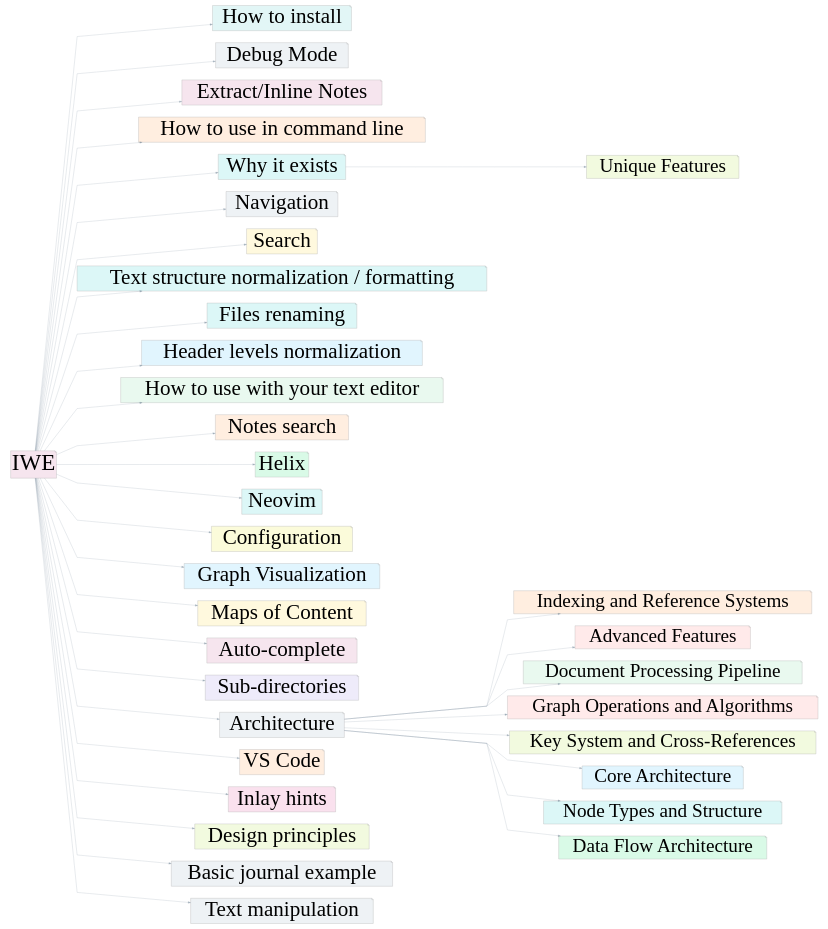
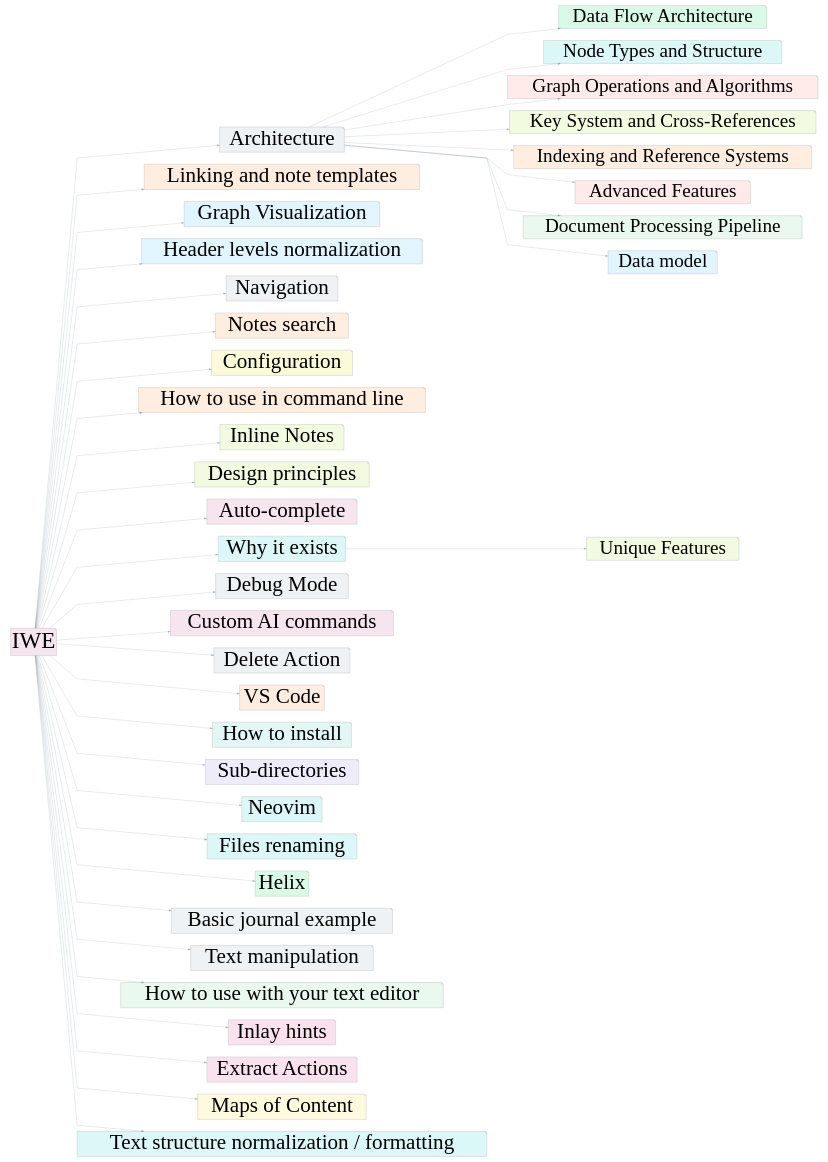
The diagram in docs/docs-basic.dot (iwe-org/iwe), drawn with Graphviz before and after one commit. The commit also changed 5 other files, not shown here.

```diff
--- a/docs/docs-basic.dot
+++ b/docs/docs-basic.dot
@@ -7,73 +7,79 @@
   pad="0.5,0.2"
   ranksep=1.2
   overlap=false
-  549[label="How to install",fillcolor="#e2f6f6",fontsize=88,fontname=Verdana,color="#b3b3b3",penwidth=1.5,shape=note,style=filled]
-  152[label="Debug Mode",fillcolor="#eef2f5",fontsize=88,fontname=Verdana,color="#b3b3b3",penwidth=1.5,shape=note,style=filled]
-  215[label="Extract/Inline Notes",fillcolor="#f6e5ee",fontsize=88,fontname=Verdana,color="#b3b3b3",penwidth=1.5,shape=note,style=filled]
-  366[label="How to use in command line",fillcolor="#ffeee0",fontsize=88,fontname=Verdana,color="#b3b3b3",penwidth=1.5,shape=note,style=filled]
-  710[label="Indexing and Reference Systems",fillcolor="#ffeee0",fontsize=80,fontname=Verdana,color="#b3b3b3",penwidth=1.5,shape=note,style=filled]
-  1158[label="Why it exists",fillcolor="#dcf7f7",fontsize=88,fontname=Verdana,color="#b3b3b3",penwidth=1.5,shape=note,style=filled]
-  230[label="Navigation",fillcolor="#eef2f5",fontsize=88,fontname=Verdana,color="#b3b3b3",penwidth=1.5,shape=note,style=filled]
-  247[label="Search",fillcolor="#fff9de",fontsize=88,fontname=Verdana,color="#b3b3b3",penwidth=1.5,shape=note,style=filled]
-  204[label="Text structure normalization / formatting",fillcolor="#dcf7f7",fontsize=88,fontname=Verdana,color="#b3b3b3",penwidth=1.5,shape=note,style=filled]
-  254[label="Files renaming",fillcolor="#dcf7f7",fontsize=88,fontname=Verdana,color="#b3b3b3",penwidth=1.5,shape=note,style=filled]
-  236[label="Header levels normalization",fillcolor="#e1f5fe",fontsize=88,fontname=Verdana,color="#b3b3b3",penwidth=1.5,shape=note,style=filled]
-  562[label="How to use with your text editor",fillcolor="#e9f9ef",fontsize=88,fontname=Verdana,color="#b3b3b3",penwidth=1.5,shape=note,style=filled]
-  257[label="Notes search",fillcolor="#ffeee0",fontsize=88,fontname=Verdana,color="#b3b3b3",penwidth=1.5,shape=note,style=filled]
-  509[label="Advanced Features",fillcolor="#ffeaea",fontsize=80,fontname=Verdana,color="#b3b3b3",penwidth=1.5,shape=note,style=filled]
-  536[label="Helix",fillcolor="#d9fae7",fontsize=88,fontname=Verdana,color="#b3b3b3",penwidth=1.5,shape=note,style=filled]
-  800[label="Neovim",fillcolor="#dcf7f7",fontsize=88,fontname=Verdana,color="#b3b3b3",penwidth=1.5,shape=note,style=filled]
-  78[label="Configuration",fillcolor="#fbfbda",fontsize=88,fontname=Verdana,color="#b3b3b3",penwidth=1.5,shape=note,style=filled]
-  293[label="Graph Visualization",fillcolor="#e1f5fe",fontsize=88,fontname=Verdana,color="#b3b3b3",penwidth=1.5,shape=note,style=filled]
-  166[label="Document Processing Pipeline",fillcolor="#e9f9ef",fontsize=80,fontname=Verdana,color="#b3b3b3",penwidth=1.5,shape=note,style=filled]
-  498[label="Graph Operations and Algorithms",fillcolor="#ffeaea",fontsize=80,fontname=Verdana,color="#b3b3b3",penwidth=1.5,shape=note,style=filled]
-  730[label="Key System and Cross-References",fillcolor="#f2fadf",fontsize=80,fontname=Verdana,color="#b3b3b3",penwidth=1.5,shape=note,style=filled]
-  677[label="IWE",fillcolor="#f6e5ee",fontsize=96,fontname=Verdana,color="#b3b3b3",penwidth=1.5,shape=note,style=filled]
-  748[label="Maps of Content",fillcolor="#fff9de",fontsize=88,fontname=Verdana,color="#b3b3b3",penwidth=1.5,shape=note,style=filled]
-  212[label="Auto-complete",fillcolor="#f6e5ee",fontsize=88,fontname=Verdana,color="#b3b3b3",penwidth=1.5,shape=note,style=filled]
-  265[label="Sub-directories",fillcolor="#eeebfa",fontsize=88,fontname=Verdana,color="#b3b3b3",penwidth=1.5,shape=note,style=filled]
+  164[label="Data Flow Architecture",fillcolor="#d9fae7",fontsize=80,fontname=Verdana,color="#b3b3b3",penwidth=1.5,shape=note,style=filled]
   1[label="Architecture",fillcolor="#eef2f5",fontsize=88,fontname=Verdana,color="#b3b3b3",penwidth=1.5,shape=note,style=filled]
-  134[label="Core Architecture",fillcolor="#e1f5fe",fontsize=80,fontname=Verdana,color="#b3b3b3",penwidth=1.5,shape=note,style=filled]
-  1016[label="VS Code",fillcolor="#ffeee0",fontsize=88,fontname=Verdana,color="#b3b3b3",penwidth=1.5,shape=note,style=filled]
-  991[label="Node Types and Structure",fillcolor="#dcf7f7",fontsize=80,fontname=Verdana,color="#b3b3b3",penwidth=1.5,shape=note,style=filled]
-  226[label="Inlay hints",fillcolor="#fae1ee",fontsize=88,fontname=Verdana,color="#b3b3b3",penwidth=1.5,shape=note,style=filled]
-  156[label="Design principles",fillcolor="#f2fadf",fontsize=88,fontname=Verdana,color="#b3b3b3",penwidth=1.5,shape=note,style=filled]
-  183[label="Basic journal example",fillcolor="#eef2f5",fontsize=88,fontname=Verdana,color="#b3b3b3",penwidth=1.5,shape=note,style=filled]
-  109[label="Data Flow Architecture",fillcolor="#d9fae7",fontsize=80,fontname=Verdana,color="#b3b3b3",penwidth=1.5,shape=note,style=filled]
-  287[label="Text manipulation",fillcolor="#eef2f5",fontsize=88,fontname=Verdana,color="#b3b3b3",penwidth=1.5,shape=note,style=filled]
+  272[label="Linking and note templates",fillcolor="#ffeee0",fontsize=88,fontname=Verdana,color="#b3b3b3",penwidth=1.5,shape=note,style=filled]
+  625[label="Graph Visualization",fillcolor="#e1f5fe",fontsize=88,fontname=Verdana,color="#b3b3b3",penwidth=1.5,shape=note,style=filled]
+  1285[label="Node Types and Structure",fillcolor="#dcf7f7",fontsize=80,fontname=Verdana,color="#b3b3b3",penwidth=1.5,shape=note,style=filled]
+  574[label="Header levels normalization",fillcolor="#e1f5fe",fontsize=88,fontname=Verdana,color="#b3b3b3",penwidth=1.5,shape=note,style=filled]
+  568[label="Navigation",fillcolor="#eef2f5",fontsize=88,fontname=Verdana,color="#b3b3b3",penwidth=1.5,shape=note,style=filled]
+  588[label="Notes search",fillcolor="#ffeee0",fontsize=88,fontname=Verdana,color="#b3b3b3",penwidth=1.5,shape=note,style=filled]
+  90[label="Configuration",fillcolor="#fbfbda",fontsize=88,fontname=Verdana,color="#b3b3b3",penwidth=1.5,shape=note,style=filled]
+  698[label="How to use in command line",fillcolor="#ffeee0",fontsize=88,fontname=Verdana,color="#b3b3b3",penwidth=1.5,shape=note,style=filled]
+  544[label="Inline Notes",fillcolor="#f2fadf",fontsize=88,fontname=Verdana,color="#b3b3b3",penwidth=1.5,shape=note,style=filled]
+  219[label="Design principles",fillcolor="#f2fadf",fontsize=88,fontname=Verdana,color="#b3b3b3",penwidth=1.5,shape=note,style=filled]
+  347[label="Auto-complete",fillcolor="#f6e5ee",fontsize=88,fontname=Verdana,color="#b3b3b3",penwidth=1.5,shape=note,style=filled]
+  1449[label="Why it exists",fillcolor="#dcf7f7",fontsize=88,fontname=Verdana,color="#b3b3b3",penwidth=1.5,shape=note,style=filled]
+  207[label="Debug Mode",fillcolor="#eef2f5",fontsize=88,fontname=Verdana,color="#b3b3b3",penwidth=1.5,shape=note,style=filled]
+  267[label="Custom AI commands",fillcolor="#f6e5ee",fontsize=88,fontname=Verdana,color="#b3b3b3",penwidth=1.5,shape=note,style=filled]
+  823[label="Graph Operations and Algorithms",fillcolor="#ffeaea",fontsize=80,fontname=Verdana,color="#b3b3b3",penwidth=1.5,shape=note,style=filled]
+  350[label="Delete Action",fillcolor="#eef2f5",fontsize=88,fontname=Verdana,color="#b3b3b3",penwidth=1.5,shape=note,style=filled]
+  1310[label="VS Code",fillcolor="#ffeee0",fontsize=88,fontname=Verdana,color="#b3b3b3",penwidth=1.5,shape=note,style=filled]
+  1059[label="Key System and Cross-References",fillcolor="#f2fadf",fontsize=80,fontname=Verdana,color="#b3b3b3",penwidth=1.5,shape=note,style=filled]
+  874[label="How to install",fillcolor="#e2f6f6",fontsize=88,fontname=Verdana,color="#b3b3b3",penwidth=1.5,shape=note,style=filled]
+  1039[label="Indexing and Reference Systems",fillcolor="#ffeee0",fontsize=80,fontname=Verdana,color="#b3b3b3",penwidth=1.5,shape=note,style=filled]
+  834[label="Advanced Features",fillcolor="#ffeaea",fontsize=80,fontname=Verdana,color="#b3b3b3",penwidth=1.5,shape=note,style=filled]
+  596[label="Sub-directories",fillcolor="#eeebfa",fontsize=88,fontname=Verdana,color="#b3b3b3",penwidth=1.5,shape=note,style=filled]
+  1148[label="Neovim",fillcolor="#dcf7f7",fontsize=88,fontname=Verdana,color="#b3b3b3",penwidth=1.5,shape=note,style=filled]
+  585[label="Files renaming",fillcolor="#dcf7f7",fontsize=88,fontname=Verdana,color="#b3b3b3",penwidth=1.5,shape=note,style=filled]
+  861[label="Helix",fillcolor="#d9fae7",fontsize=88,fontname=Verdana,color="#b3b3b3",penwidth=1.5,shape=note,style=filled]
+  229[label="Document Processing Pipeline",fillcolor="#e9f9ef",fontsize=80,fontname=Verdana,color="#b3b3b3",penwidth=1.5,shape=note,style=filled]
+  246[label="Basic journal example",fillcolor="#eef2f5",fontsize=88,fontname=Verdana,color="#b3b3b3",penwidth=1.5,shape=note,style=filled]
+  618[label="Text manipulation",fillcolor="#eef2f5",fontsize=88,fontname=Verdana,color="#b3b3b3",penwidth=1.5,shape=note,style=filled]
+  887[label="How to use with your text editor",fillcolor="#e9f9ef",fontsize=88,fontname=Verdana,color="#b3b3b3",penwidth=1.5,shape=note,style=filled]
+  540[label="Inlay hints",fillcolor="#fae1ee",fontsize=88,fontname=Verdana,color="#b3b3b3",penwidth=1.5,shape=note,style=filled]
+  375[label="Extract Actions",fillcolor="#fae1ee",fontsize=88,fontname=Verdana,color="#b3b3b3",penwidth=1.5,shape=note,style=filled]
+  1077[label="Maps of Content",fillcolor="#fff9de",fontsize=88,fontname=Verdana,color="#b3b3b3",penwidth=1.5,shape=note,style=filled]
   12[label="Unique Features",fillcolor="#f2fadf",fontsize=80,fontname=Verdana,color="#b3b3b3",penwidth=1.5,shape=note,style=filled]
-  677 -> 536 [color="#38546c66",arrowhead=normal,penwidth=1.2]
-  677 -> 236 [color="#38546c66",arrowhead=normal,penwidth=1.2]
-  677 -> 1158 [color="#38546c66",arrowhead=normal,penwidth=1.2]
-  677 -> 78 [color="#38546c66",arrowhead=normal,penwidth=1.2]
-  677 -> 366 [color="#38546c66",arrowhead=normal,penwidth=1.2]
-  677 -> 800 [color="#38546c66",arrowhead=normal,penwidth=1.2]
-  677 -> 265 [color="#38546c66",arrowhead=normal,penwidth=1.2]
-  677 -> 549 [color="#38546c66",arrowhead=normal,penwidth=1.2]
-  677 -> 247 [color="#38546c66",arrowhead=normal,penwidth=1.2]
-  677 -> 204 [color="#38546c66",arrowhead=normal,penwidth=1.2]
-  677 -> 254 [color="#38546c66",arrowhead=normal,penwidth=1.2]
-  677 -> 293 [color="#38546c66",arrowhead=normal,penwidth=1.2]
-  677 -> 183 [color="#38546c66",arrowhead=normal,penwidth=1.2]
-  677 -> 226 [color="#38546c66",arrowhead=normal,penwidth=1.2]
-  677 -> 1 [color="#38546c66",arrowhead=normal,penwidth=1.2]
-  677 -> 1016 [color="#38546c66",arrowhead=normal,penwidth=1.2]
-  677 -> 156 [color="#38546c66",arrowhead=normal,penwidth=1.2]
-  677 -> 562 [color="#38546c66",arrowhead=normal,penwidth=1.2]
-  677 -> 287 [color="#38546c66",arrowhead=normal,penwidth=1.2]
-  677 -> 212 [color="#38546c66",arrowhead=normal,penwidth=1.2]
-  677 -> 152 [color="#38546c66",arrowhead=normal,penwidth=1.2]
-  677 -> 748 [color="#38546c66",arrowhead=normal,penwidth=1.2]
-  677 -> 215 [color="#38546c66",arrowhead=normal,penwidth=1.2]
-  677 -> 257 [color="#38546c66",arrowhead=normal,penwidth=1.2]
-  677 -> 230 [color="#38546c66",arrowhead=normal,penwidth=1.2]
-  1 -> 710 [color="#38546c66",arrowhead=normal,penwidth=1.2]
-  1 -> 109 [color="#38546c66",arrowhead=normal,penwidth=1.2]
-  1 -> 166 [color="#38546c66",arrowhead=normal,penwidth=1.2]
-  1 -> 991 [color="#38546c66",arrowhead=normal,penwidth=1.2]
-  1 -> 134 [color="#38546c66",arrowhead=normal,penwidth=1.2]
-  1 -> 509 [color="#38546c66",arrowhead=normal,penwidth=1.2]
-  1 -> 498 [color="#38546c66",arrowhead=normal,penwidth=1.2]
-  1 -> 730 [color="#38546c66",arrowhead=normal,penwidth=1.2]
-  1158 -> 12 [color="#38546c66",arrowhead=normal,penwidth=1.2]
+  1002[label="IWE",fillcolor="#f6e5ee",fontsize=96,fontname=Verdana,color="#b3b3b3",penwidth=1.5,shape=note,style=filled]
+  339[label="Text structure normalization / formatting",fillcolor="#dcf7f7",fontsize=88,fontname=Verdana,color="#b3b3b3",penwidth=1.5,shape=note,style=filled]
+  189[label="Data model",fillcolor="#e1f5fe",fontsize=80,fontname=Verdana,color="#b3b3b3",penwidth=1.5,shape=note,style=filled]
+  1 -> 1059 [color="#38546c66",arrowhead=normal,penwidth=1.2]
+  1 -> 164 [color="#38546c66",arrowhead=normal,penwidth=1.2]
+  1 -> 1039 [color="#38546c66",arrowhead=normal,penwidth=1.2]
+  1 -> 823 [color="#38546c66",arrowhead=normal,penwidth=1.2]
+  1 -> 189 [color="#38546c66",arrowhead=normal,penwidth=1.2]
+  1 -> 834 [color="#38546c66",arrowhead=normal,penwidth=1.2]
+  1 -> 1285 [color="#38546c66",arrowhead=normal,penwidth=1.2]
+  1 -> 229 [color="#38546c66",arrowhead=normal,penwidth=1.2]
+  1449 -> 12 [color="#38546c66",arrowhead=normal,penwidth=1.2]
+  1002 -> 887 [color="#38546c66",arrowhead=normal,penwidth=1.2]
+  1002 -> 585 [color="#38546c66",arrowhead=normal,penwidth=1.2]
+  1002 -> 568 [color="#38546c66",arrowhead=normal,penwidth=1.2]
+  1002 -> 207 [color="#38546c66",arrowhead=normal,penwidth=1.2]
+  1002 -> 544 [color="#38546c66",arrowhead=normal,penwidth=1.2]
+  1002 -> 618 [color="#38546c66",arrowhead=normal,penwidth=1.2]
+  1002 -> 267 [color="#38546c66",arrowhead=normal,penwidth=1.2]
+  1002 -> 861 [color="#38546c66",arrowhead=normal,penwidth=1.2]
+  1002 -> 574 [color="#38546c66",arrowhead=normal,penwidth=1.2]
+  1002 -> 698 [color="#38546c66",arrowhead=normal,penwidth=1.2]
+  1002 -> 1449 [color="#38546c66",arrowhead=normal,penwidth=1.2]
+  1002 -> 347 [color="#38546c66",arrowhead=normal,penwidth=1.2]
+  1002 -> 246 [color="#38546c66",arrowhead=normal,penwidth=1.2]
+  1002 -> 375 [color="#38546c66",arrowhead=normal,penwidth=1.2]
+  1002 -> 596 [color="#38546c66",arrowhead=normal,penwidth=1.2]
+  1002 -> 1310 [color="#38546c66",arrowhead=normal,penwidth=1.2]
+  1002 -> 540 [color="#38546c66",arrowhead=normal,penwidth=1.2]
+  1002 -> 1 [color="#38546c66",arrowhead=normal,penwidth=1.2]
+  1002 -> 1148 [color="#38546c66",arrowhead=normal,penwidth=1.2]
+  1002 -> 588 [color="#38546c66",arrowhead=normal,penwidth=1.2]
+  1002 -> 874 [color="#38546c66",arrowhead=normal,penwidth=1.2]
+  1002 -> 339 [color="#38546c66",arrowhead=normal,penwidth=1.2]
+  1002 -> 90 [color="#38546c66",arrowhead=normal,penwidth=1.2]
+  1002 -> 1077 [color="#38546c66",arrowhead=normal,penwidth=1.2]
+  1002 -> 272 [color="#38546c66",arrowhead=normal,penwidth=1.2]
+  1002 -> 625 [color="#38546c66",arrowhead=normal,penwidth=1.2]
+  1002 -> 219 [color="#38546c66",arrowhead=normal,penwidth=1.2]
+  1002 -> 350 [color="#38546c66",arrowhead=normal,penwidth=1.2]
 }
```
